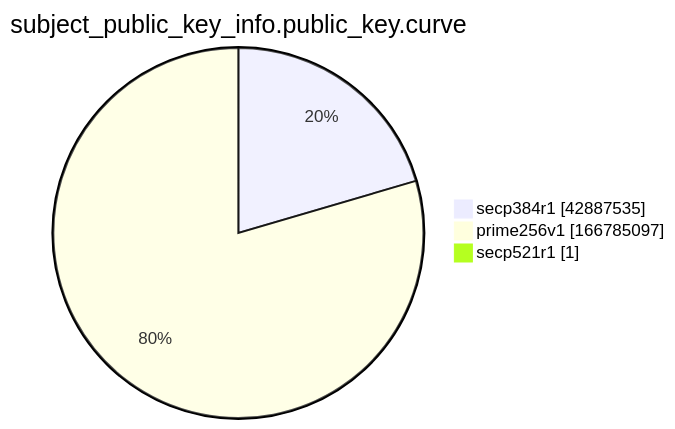
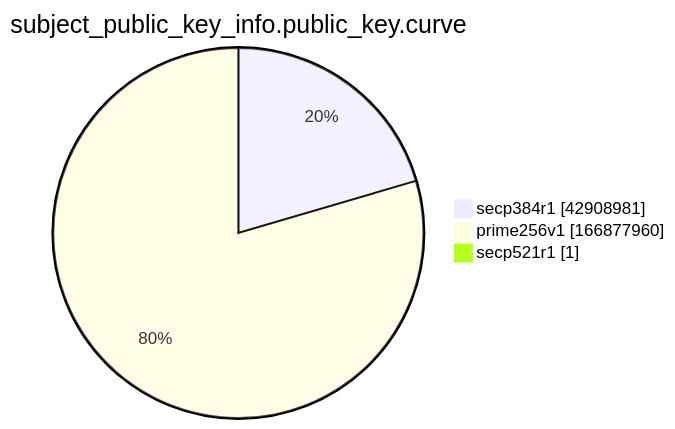
Before and after one commit to christiankrug/ctmonitor_visualization: the ninth of 15 diagrams in xenon2022/README.md, drawn with Mermaid. The commit also changed other lines of this file, not shown here.

````diff
--- a/xenon2022/README.md
+++ b/xenon2022/README.md
@@ -2869,7 +2869,7 @@
 ```mermaid
 pie showData
 title subject_public_key_info.public_key.curve
-"secp384r1" :42887535
-"prime256v1" :166785097
+"secp384r1" :42908981
+"prime256v1" :166877960
 "secp521r1" :1
 ```
````
